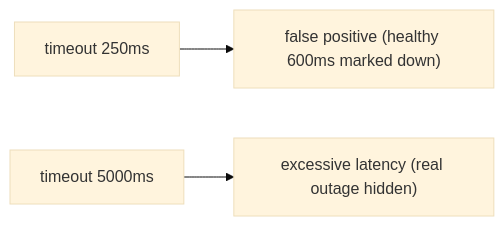
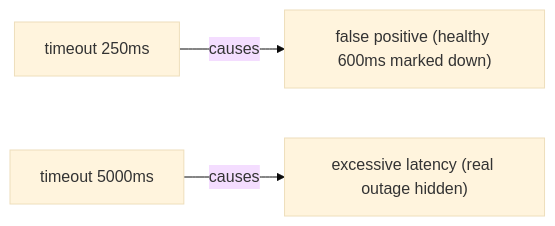
Before and after one commit to vinayakuber/microservices-io-study-guide: diagram 12 of 13 in docs/ch07-circuit-breaker.md, drawn with Mermaid (base theme). The commit also changed other lines of this file and 71 other files, not shown here.

First line of the commit message:
R18: label every diagram arrow with its meaning

````diff
--- a/docs/ch07-circuit-breaker.md
+++ b/docs/ch07-circuit-breaker.md
@@ -425,5 +425,5 @@
 ```mermaid
 flowchart LR
-  T["timeout 250ms"] --> FP["false positive (healthy 600ms marked down)"]
-  T2["timeout 5000ms"] --> EL["excessive latency (real outage hidden)"]
+  T["timeout 250ms"] -->|"causes"| FP["false positive (healthy 600ms marked down)"]
+  T2["timeout 5000ms"] -->|"causes"| EL["excessive latency (real outage hidden)"]
 ```
````
